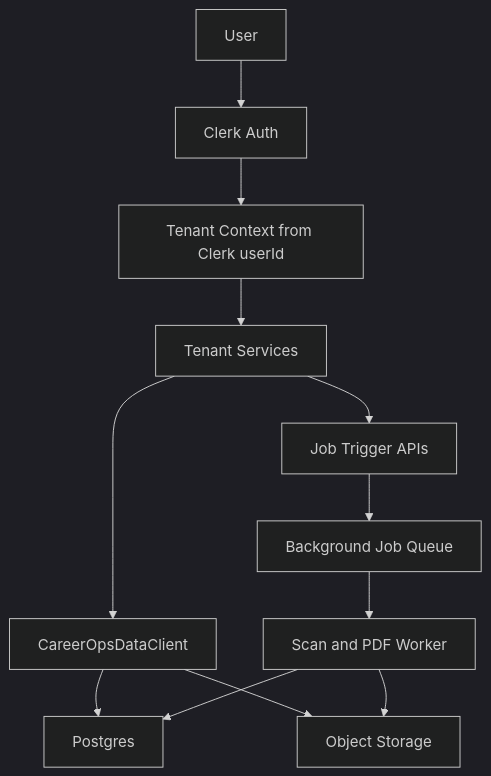
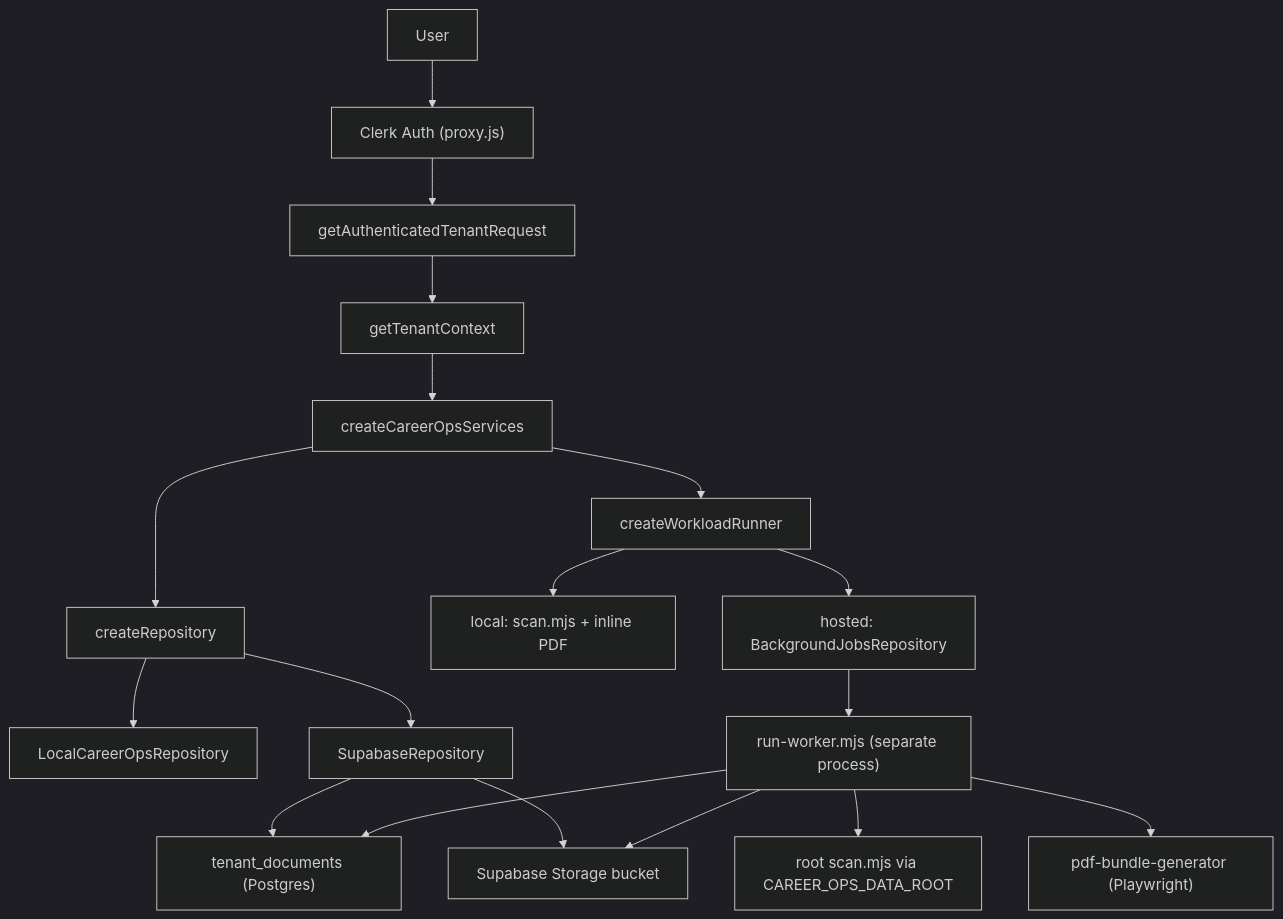
Before and after one commit to jkinman/workcraft: the first of 3 diagrams in docs/HOSTED_VERCEL_READINESS.md, drawn with Mermaid (dark theme). The commit also changed other lines of this file and 10 other files, not shown here.

First line of the commit message:
chore: integrate career-ops v1.25 with hosted fork

````diff
--- a/docs/HOSTED_VERCEL_READINESS.md
+++ b/docs/HOSTED_VERCEL_READINESS.md
@@ -29,14 +33,20 @@
 ```mermaid
 flowchart TD
-  User["User"] --> Clerk["Clerk Auth"]
-  Clerk --> TenantContext["Tenant Context from Clerk userId"]
-  TenantContext --> TenantServices["Tenant Services"]
-  TenantServices --> DataClient["CareerOpsDataClient"]
-  DataClient --> Postgres["Postgres"]
-  DataClient --> BlobStorage["Object Storage"]
-  TenantServices --> JobApi["Job Trigger APIs"]
-  JobApi --> JobQueue["Background Job Queue"]
-  JobQueue --> Worker["Scan and PDF Worker"]
-  Worker --> Postgres
-  Worker --> BlobStorage
+  User["User"] --> Clerk["Clerk Auth (proxy.js)"]
+  Clerk --> ClerkRequest["getAuthenticatedTenantRequest"]
+  ClerkRequest --> TenantContext["getTenantContext"]
+  TenantContext --> TenantServices["createCareerOpsServices"]
+  TenantServices --> RepoFactory["createRepository"]
+  RepoFactory --> LocalRepo["LocalCareerOpsRepository"]
+  RepoFactory --> SupaRepo["SupabaseRepository"]
+  SupaRepo --> TenantDocs["tenant_documents (Postgres)"]
+  SupaRepo --> Storage["Supabase Storage bucket"]
+  TenantServices --> WorkloadRunner["createWorkloadRunner"]
+  WorkloadRunner --> LocalCli["local: scan.mjs + inline PDF"]
+  WorkloadRunner --> HostedJobs["hosted: BackgroundJobsRepository"]
+  HostedJobs --> Worker["run-worker.mjs (separate process)"]
+  Worker --> TenantDocs
+  Worker --> Storage
+  Worker --> ScanScript["root scan.mjs via CAREER_OPS_DATA_ROOT"]
+  Worker --> Playwright["pdf-bundle-generator (Playwright)"]
 ```
````
